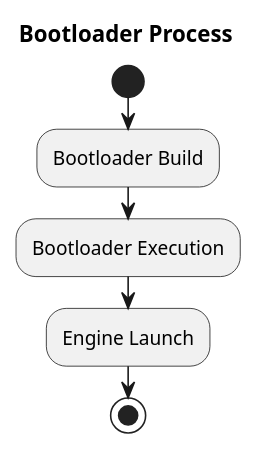
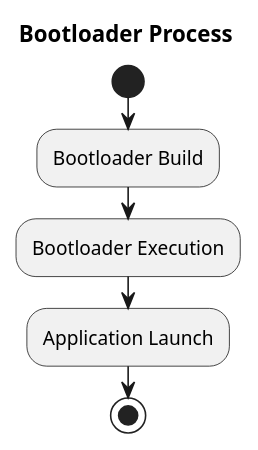
The first of 3 diagrams in docs/03-bootloader.md (EdmondDantes/application), drawn with PlantUML before and after one commit. The commit also changed other lines of this file and 1 other file, not shown here.

````diff
--- a/docs/03-bootloader.md
+++ b/docs/03-bootloader.md
@@ -10,12 +13,12 @@
 ```puml
 @startuml
 title Bootloader Process
 
 start
 :Bootloader Build;
 :Bootloader Execution;
-:Engine Launch;
+:Application Launch;
 stop
 
 @enduml
 ```
````
